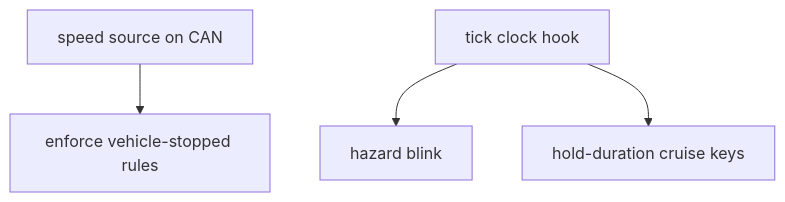
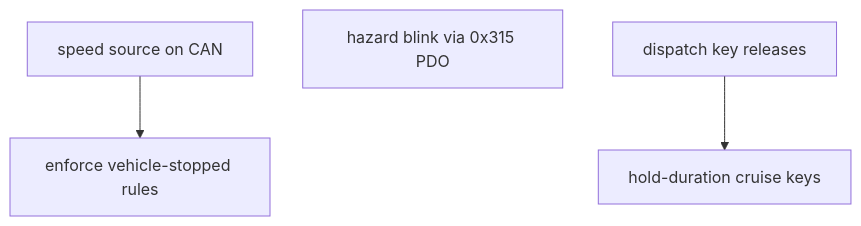
The diagram in lode/plans/roadmap.md (dreamev/mm-ecu), drawn with Mermaid before and after one commit. The commit also changed other lines of this file and 7 other files, not shown here.

````diff
--- a/lode/plans/roadmap.md
+++ b/lode/plans/roadmap.md
@@ -24,6 +29,6 @@
 ```mermaid
 flowchart TD
   Spd[speed source on CAN] --> Stop[enforce vehicle-stopped rules]
-  Clock[tick clock hook] --> Blink[hazard blink]
-  Clock --> Hold[hold-duration cruise keys]
+  Blink[hazard blink via 0x315 PDO]
+  Release[dispatch key releases] --> Hold[hold-duration cruise keys]
 ```
````
